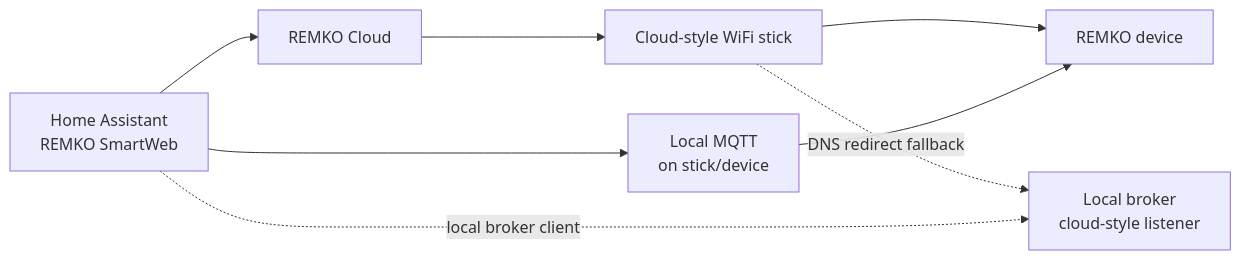
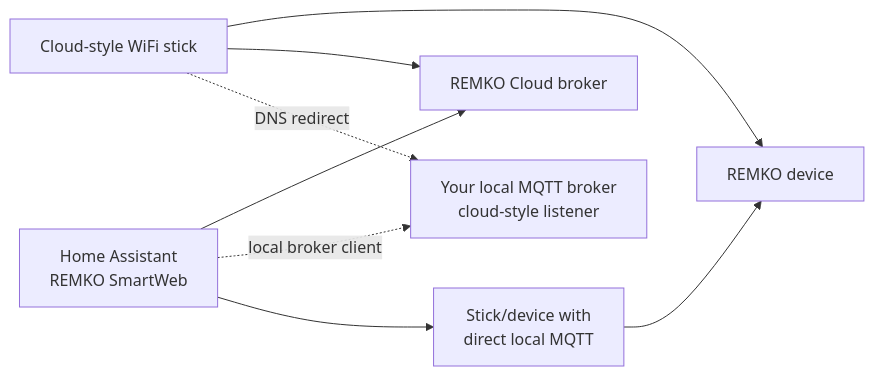
One commit to Christoph-87/remko-smartweb-ha changed the diagram in docs/local_connection_modes.md. Above: the diagram before and after it, drawn with Mermaid. The commit also changed other lines of this file and 1 other file, not shown here.

Commit message:
docs: clarify redirected cloud-style stick setup

````diff
--- a/docs/local_connection_modes.md
+++ b/docs/local_connection_modes.md
@@ -28,12 +23,14 @@
 ```mermaid
 flowchart LR
-  HA["Home Assistant<br/>REMKO SmartWeb"] --> Cloud["REMKO Cloud"]
-  Cloud --> Stick["Cloud-style WiFi stick"]
-  Stick --> Device["REMKO device"]
+  Device["REMKO device"]
 
-  HA --> Local["Local MQTT<br/>on stick/device"]
-  Local --> Device
+  Stick["Cloud-style WiFi stick"] --> Device
+  Stick --> Cloud["REMKO Cloud broker"]
+  HA["Home Assistant<br/>REMKO SmartWeb"] --> Cloud
 
-  Stick -. DNS redirect fallback .-> Broker["Local broker<br/>cloud-style listener"]
+  Stick -. DNS redirect .-> Broker["Your local MQTT broker<br/>cloud-style listener"]
   HA -. local broker client .-> Broker
+
+  Direct["Stick/device with<br/>direct local MQTT"] --> Device
+  HA --> Direct
 ```
````
